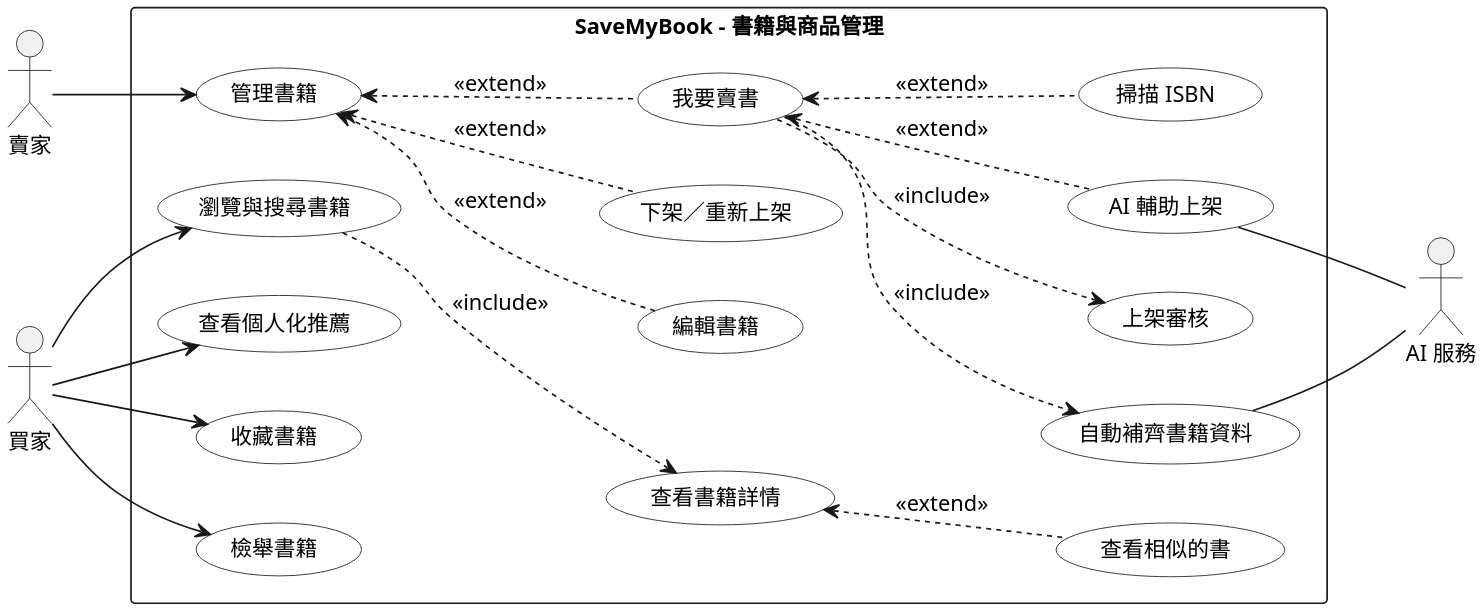
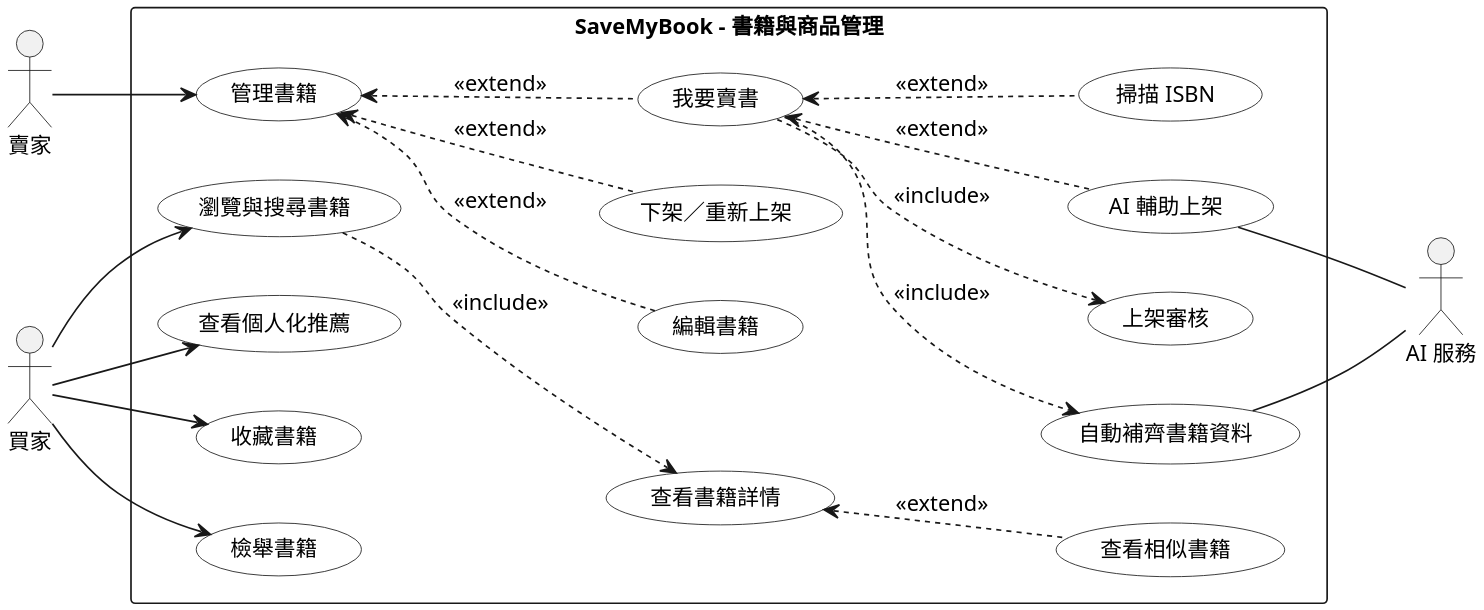
One commit to SaveMyBook/SaveMyBook changed the diagram in Diagrams/Use Case/v3/uc_books.puml. Above: the diagram before and after it, drawn with PlantUML. The commit also changed 561 other files, not shown here.

```diff
--- a/Diagrams/Use Case/v3/uc_books.puml
+++ b/Diagrams/Use Case/v3/uc_books.puml
@@ -1,49 +1,49 @@
 @startuml
 skinparam monochrome true
 skinparam shadowing false
 skinparam dpi 220
 skinparam defaultFontName "PingFang TC"
 skinparam defaultFontSize 13
 skinparam usecase {
   BackgroundColor white
 }
 left to right direction
 
 actor 賣家
 actor 買家
 actor "AI 服務" as AI
 
 rectangle "SaveMyBook - 書籍與商品管理" {
   usecase "管理書籍" as manage
   usecase "我要賣書" as sell
   usecase "掃描 ISBN" as isbn
   usecase "AI 輔助上架" as assist
   usecase "上架審核" as review
   usecase "自動補齊書籍資料" as enrich
   usecase "編輯書籍" as edit
   usecase "下架／重新上架" as delist
   usecase "瀏覽與搜尋書籍" as browse
   usecase "查看書籍詳情" as detail
-  usecase "查看相似的書" as similar
+  usecase "查看相似書籍" as similar
   usecase "查看個人化推薦" as recommend
   usecase "收藏書籍" as fav
   usecase "檢舉書籍" as report
 }
 
 賣家 --> manage
 manage <.. sell : <<extend>>
 manage <.. edit : <<extend>>
 manage <.. delist : <<extend>>
 sell <.. isbn : <<extend>>
 sell <.. assist : <<extend>>
 sell ..> review : <<include>>
 sell ..> enrich : <<include>>
 買家 --> browse
 買家 --> recommend
 買家 --> fav
 買家 --> report
 browse ..> detail : <<include>>
 detail <.. similar : <<extend>>
 assist -- AI
 enrich -- AI
 @enduml
```
